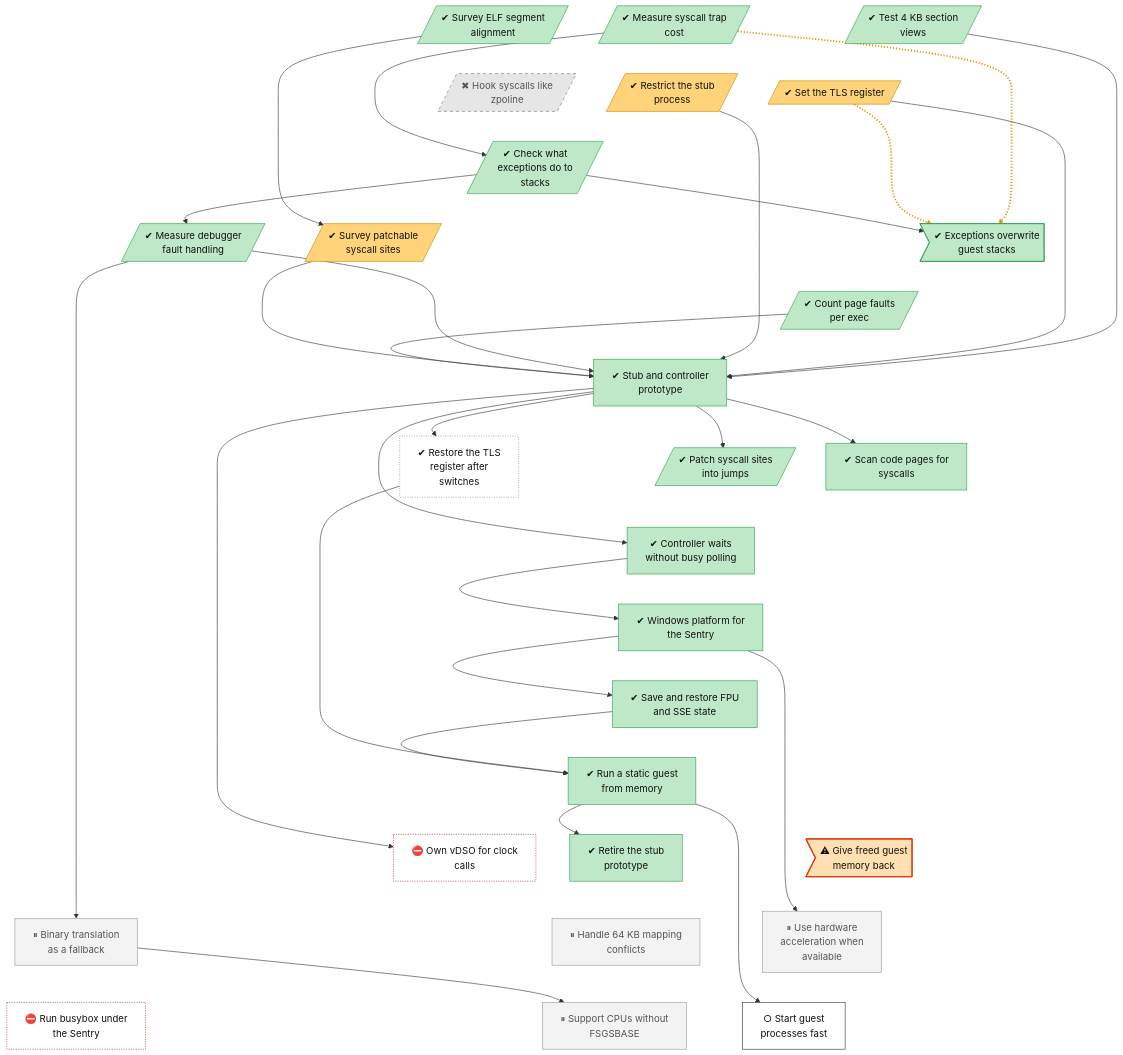
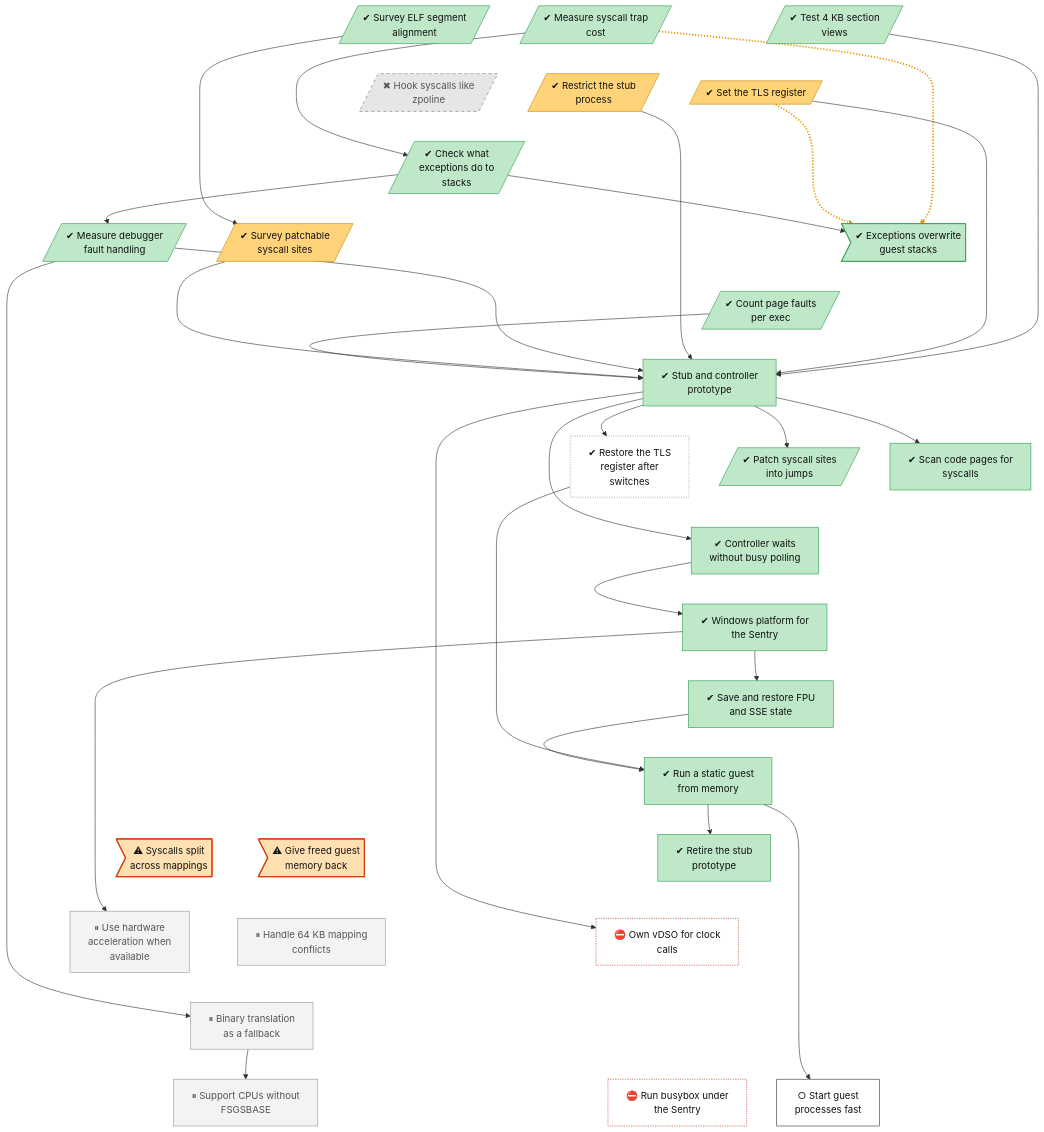
The diagram in docs/roadmap/tracks/platform.md (lhns/gvisor-windows), drawn with Mermaid before and after one commit. The commit also changed other lines of this file and 5 other files, not shown here.

Commit message:
Add the split-syscall defect, rootfs import, named pipe and Podman probe

```diff
--- a/docs/roadmap/tracks/platform.md
+++ b/docs/roadmap/tracks/platform.md
@@ -30,6 +30,7 @@
     platform_static_guest_from_memory["✔ Run a static guest<br/>from memory"]
     platform_retire_prototype["✔ Retire the stub<br/>prototype"]
     platform_memory_release>"⚠ Give freed guest<br/>memory back"]
+    platform_split_syscall_unpatched>"⚠ Syscalls split<br/>across mappings"]
     platform_own_vdso["⛔ Own vDSO for clock<br/>calls"]
     platform_64k_mapping_conflicts["⏸ Handle 64 KB mapping<br/>conflicts"]
     platform_hardware_acceleration["⏸ Use hardware<br/>acceleration when<br/>available"]
@@ -61,12 +62,15 @@
     platform_fp_state ~~~ platform_static_guest_from_memory
     platform_static_guest_from_memory ~~~ platform_retire_prototype
     platform_static_guest_from_memory ~~~ platform_memory_release
-    platform_static_guest_from_memory ~~~ platform_own_vdso
-    platform_retire_prototype ~~~ platform_64k_mapping_conflicts
-    platform_memory_release ~~~ platform_hardware_acceleration
+    platform_static_guest_from_memory ~~~ platform_split_syscall_unpatched
+    platform_retire_prototype ~~~ platform_own_vdso
+    platform_memory_release ~~~ platform_64k_mapping_conflicts
+    platform_split_syscall_unpatched ~~~ platform_hardware_acceleration
     platform_own_vdso ~~~ platform_binary_translation_fallback
-    platform_64k_mapping_conflicts ~~~ platform_no_fsgsbase_fallback
-    platform_hardware_acceleration ~~~ platform_fast_process_start
+    platform_64k_mapping_conflicts ~~~ platform_binary_translation_fallback
+    platform_hardware_acceleration ~~~ platform_binary_translation_fallback
+    platform_binary_translation_fallback ~~~ platform_no_fsgsbase_fallback
+    platform_binary_translation_fallback ~~~ platform_fast_process_start
     platform_binary_translation_fallback ~~~ platform_busybox_on_windows
     platform_trap_cost -.-> platform_veh_on_guest_stack_unsafe
     platform_tls_register -.-> platform_veh_on_guest_stack_unsafe
@@ -94,7 +98,7 @@
     platform_debug_event_cost --> platform_binary_translation_fallback
     platform_binary_translation_fallback --> platform_no_fsgsbase_fallback
     platform_static_guest_from_memory --> platform_fast_process_start
-    linkStyle 31,32 stroke:#e69500,stroke-width:3px,stroke-dasharray:2 3
+    linkStyle 34,35 stroke:#e69500,stroke-width:3px,stroke-dasharray:2 3
     classDef vsucc fill:#2e9e4f,stroke:#1b6b34,color:#fff
     classDef succ fill:#bfe8c8,stroke:#2e9e4f,color:#111
     classDef mixed fill:#ffd37a,stroke:#c98a00,color:#111
@@ -113,7 +117,7 @@
     class platform_tls_register,platform_restricted_stub,platform_syscall_site_survey mixed
     class platform_zpoline_hooks dead
     class platform_fs_base_repair unrated
-    class platform_memory_release finding
+    class platform_memory_release,platform_split_syscall_unpatched finding
     class platform_own_vdso,platform_busybox_on_windows blocked
     class platform_64k_mapping_conflicts,platform_hardware_acceleration,platform_binary_translation_fallback,platform_no_fsgsbase_fallback parked
     class platform_fast_process_start next
```
